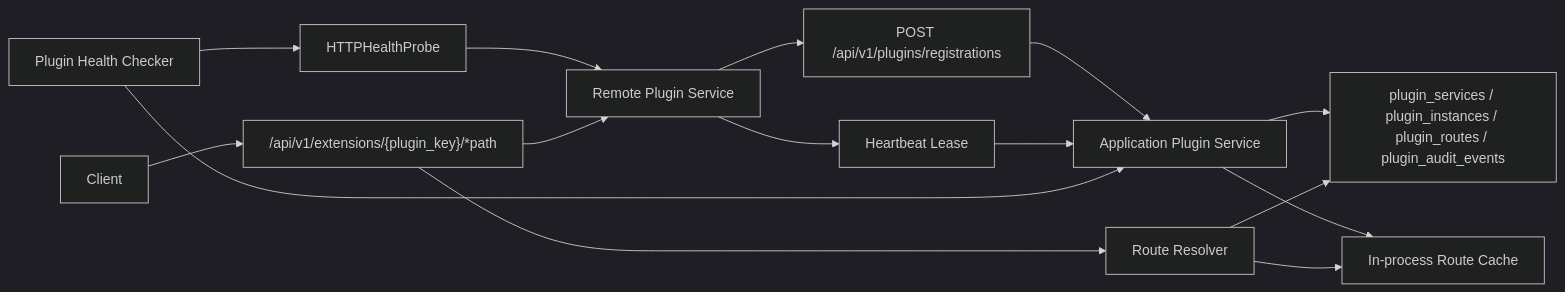
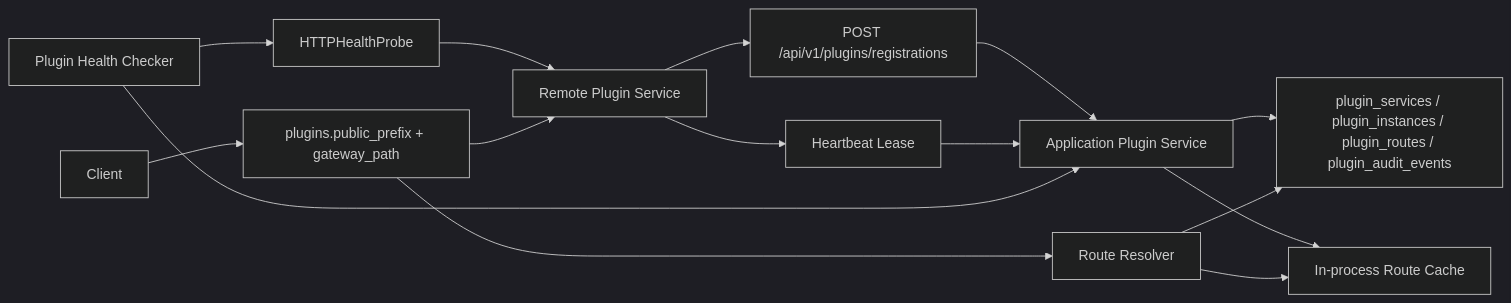
The fourth of 4 diagrams in docs/architecture/system-design.md (rin721/keiyaku-go), drawn with Mermaid (dark theme) before and after one commit. The commit also changed other lines of this file and 82 other files, not shown here.

````diff
--- a/docs/architecture/system-design.md
+++ b/docs/architecture/system-design.md
@@ -73,17 +89,17 @@
 ```mermaid
 flowchart LR
   Plugin["Remote Plugin Service"] --> Register["POST /api/v1/plugins/registrations"]
   Plugin --> Heartbeat["Heartbeat Lease"]
   Register --> Registry["Application Plugin Service"]
   Heartbeat --> Registry
   Registry --> MySQL["plugin_services / plugin_instances / plugin_routes / plugin_audit_events"]
   Registry --> Cache["In-process Route Cache"]
   Health["Plugin Health Checker"] --> Probe["HTTPHealthProbe"]
   Probe --> Plugin
   Health --> Registry
-  Client["Client"] --> Gateway["/api/v1/extensions/{plugin_key}/*path"]
+  Client["Client"] --> Gateway["plugins.public_prefix + gateway_path"]
   Gateway --> Resolver["Route Resolver"]
   Resolver --> Cache
   Resolver --> MySQL
-  Gateway --> Plugin
+ Gateway --> Plugin
 ```
````
